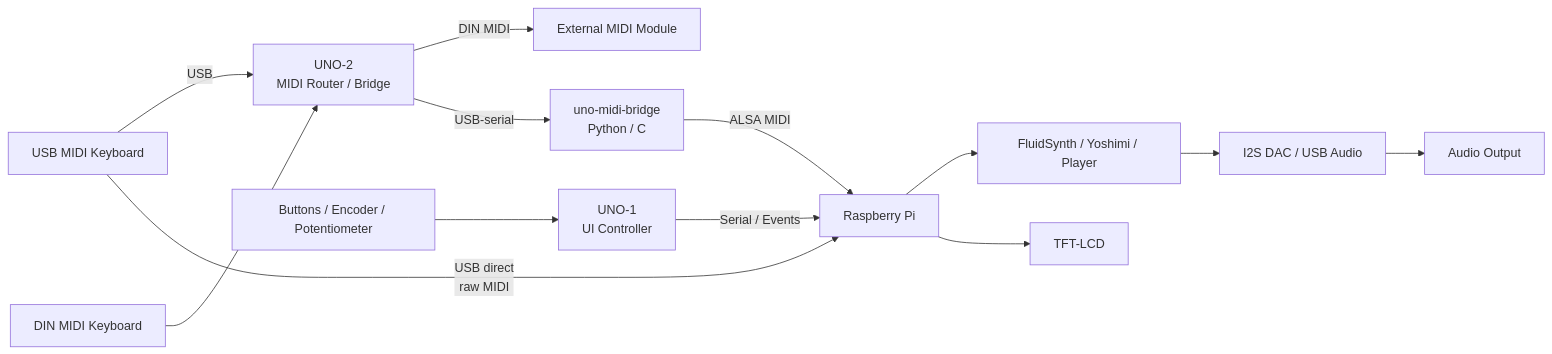
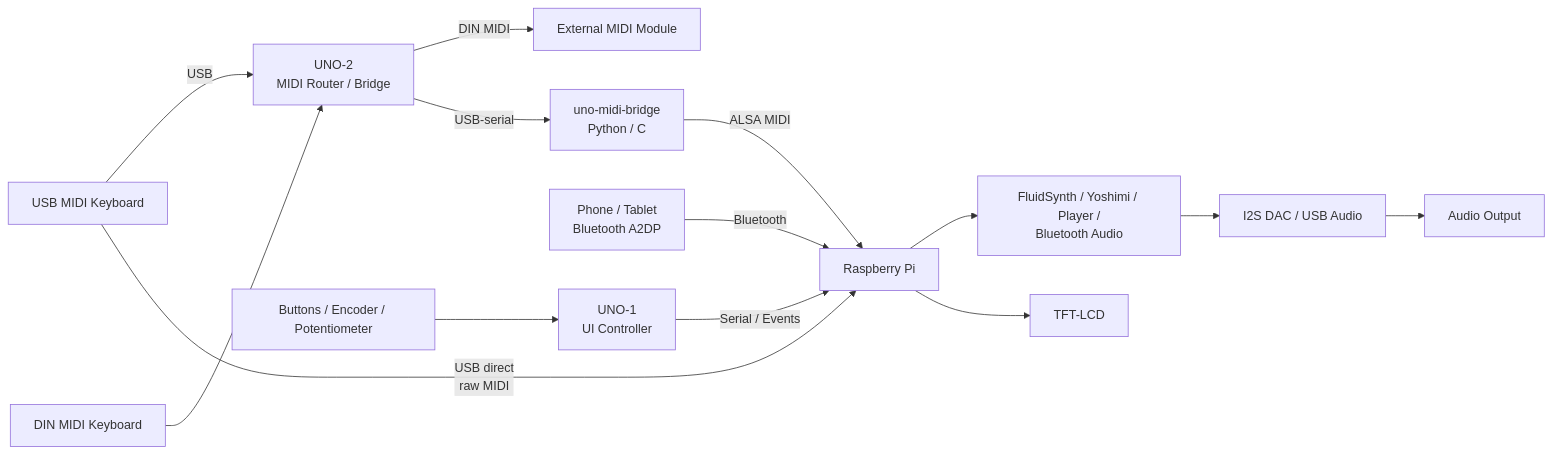
One commit to jeong0449/FluidArdule changed the diagram in README.md. Above: the diagram before and after it, drawn with Mermaid. The commit also changed other lines of this file, not shown here.

````diff
--- a/README.md
+++ b/README.md
@@ -75,22 +70,25 @@
 ```mermaid
 flowchart LR
 
     KBD1[USB MIDI Keyboard] -->|USB| UNO2[UNO-2<br/>MIDI Router / Bridge]
     KBD2[DIN MIDI Keyboard] --> UNO2
 
     KBD1 -->|USB direct<br/>raw MIDI| PI[Raspberry Pi]
 
     UNO2 -->|DIN MIDI| EXT[External MIDI Module]
     UNO2 -->|USB-serial| BRIDGE[uno-midi-bridge<br/>Python / C]
 
     BRIDGE -->|ALSA MIDI| PI
 
-    PI --> FS[FluidSynth / Yoshimi / Player]
+    BT[Phone / Tablet<br/>Bluetooth A2DP] -->|Bluetooth| PI
+
+    PI --> FS[FluidSynth / Yoshimi / Player /<br/>Bluetooth Audio]
+
     PI --> TFT[TFT-LCD]
 
     CTRL[Buttons / Encoder / Potentiometer] --> UNO1[UNO-1<br/>UI Controller]
     UNO1 -->|Serial / Events| PI
 
     FS --> DAC[I2S DAC / USB Audio]
     DAC --> OUT[Audio Output]
 ```
````
